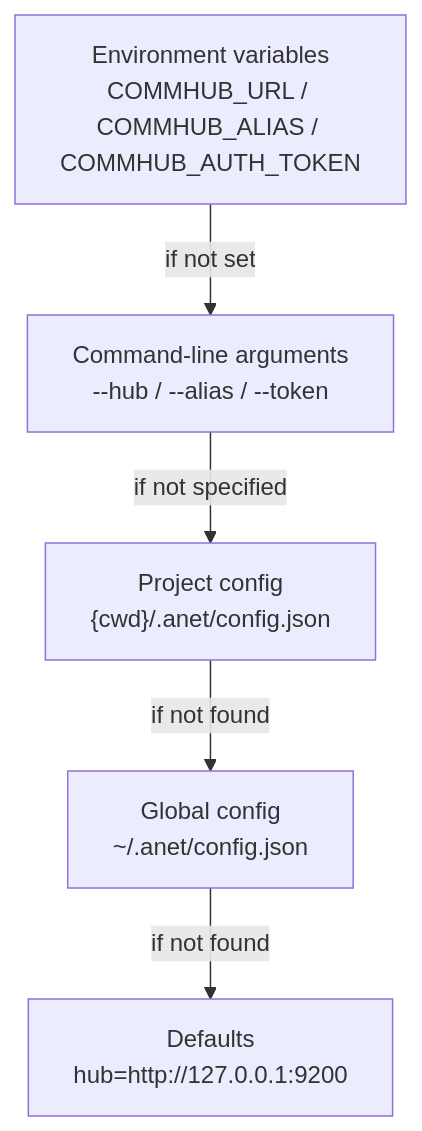
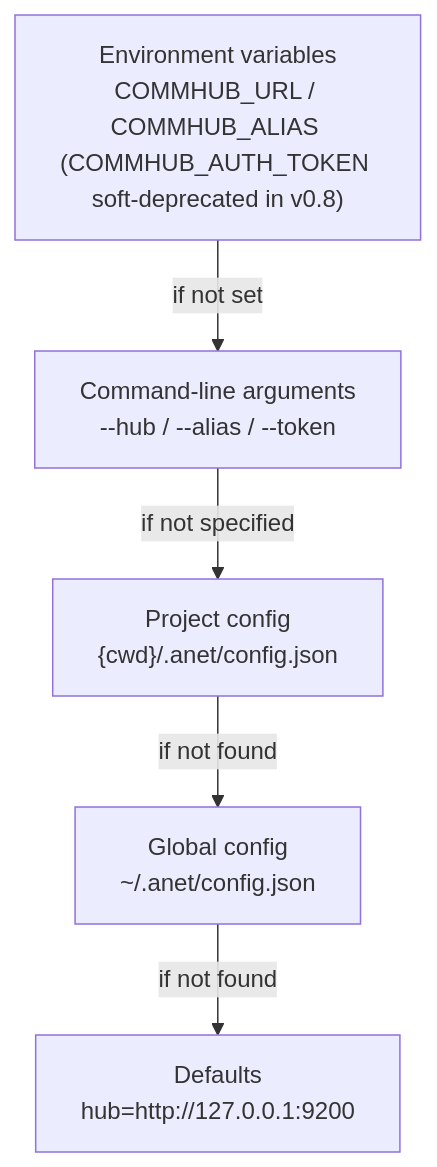
One commit to sleep2agi/agent-network changed the seventh of 7 diagrams in docs-site/docs/en/guide/architecture.md. Above: the diagram before and after it, drawn with Mermaid. The commit also changed 23 other files, not shown here.

Commit message:
docs(v0.8.1): full P1/P2 sweep — past-tense the v0.6/v0.7 promises now shipped, refresh stale version refs, RFC-001 deprecate now done not proposed, debug examples drop COMMHUB_AUTH_TOKEN

````diff
--- a/docs-site/docs/en/guide/architecture.md
+++ b/docs-site/docs/en/guide/architecture.md
@@ -352,13 +352,13 @@
 ```mermaid
 flowchart TD
-    A["Environment variables\nCOMMHUB_URL / COMMHUB_ALIAS / COMMHUB_AUTH_TOKEN"]
+    A["Environment variables\nCOMMHUB_URL / COMMHUB_ALIAS (COMMHUB_AUTH_TOKEN soft-deprecated in v0.8)"]
     B["Command-line arguments\n--hub / --alias / --token"]
     C["Project config\n{cwd}/.anet/config.json"]
     D["Global config\n~/.anet/config.json"]
     E["Defaults\nhub=http://127.0.0.1:9200"]
 
     A -->|if not set| B
     B -->|if not specified| C
     C -->|if not found| D
     D -->|if not found| E
 ```
````
